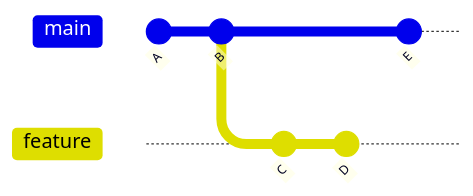
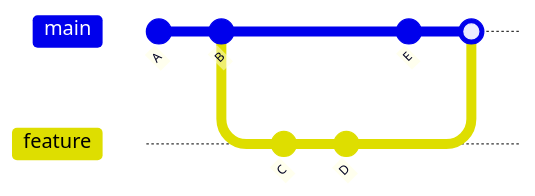
The second of 5 diagrams in git/Git.md (0xkirxn/dev-notes), drawn with Mermaid before and after one commit. The commit also changed other lines of this file and 1 other file, not shown here.

````diff
--- a/git/Git.md
+++ b/git/Git.md
@@ -119,10 +142,11 @@
 ```mermaid
 gitGraph
     commit id: "A"
     commit id: "B"
     branch feature
     commit id: "C"
     commit id: "D"
     checkout main
     commit id: "E"
+    merge feature
 ```
````
